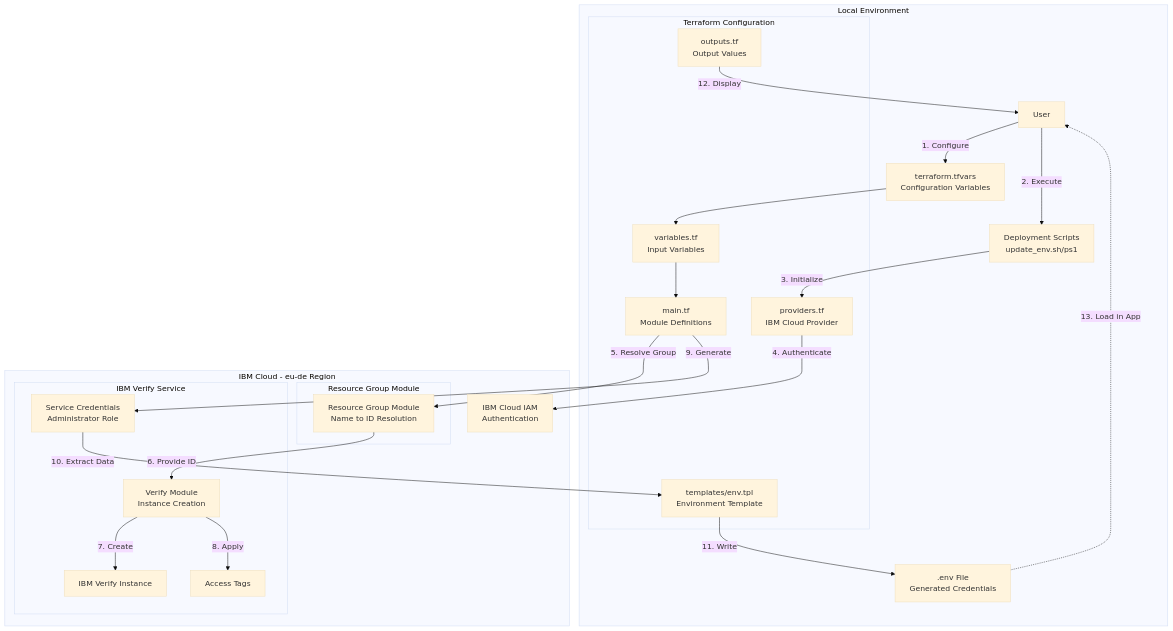
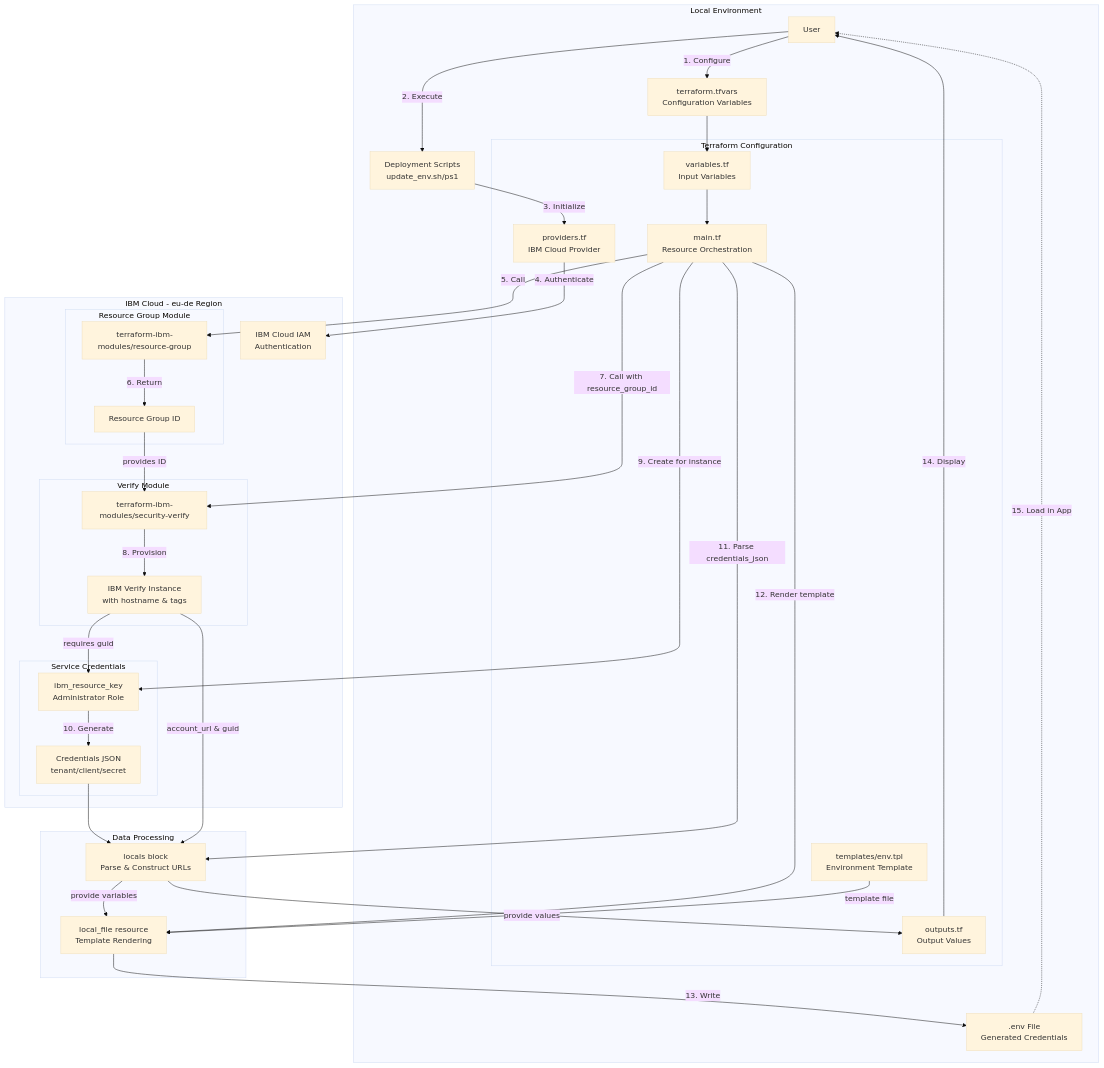
One commit to simontokyo/terraform-ibmverify changed the diagram in README.md. Above: the diagram before and after it, drawn with Mermaid (base theme). The commit also changed other lines of this file and 1 other file, not shown here.

````diff
--- a/README.md
+++ b/README.md
@@ -47,55 +47,74 @@
 ```mermaid
 graph TB
     subgraph "Local Environment"
         User[User]
         TFVars[terraform.tfvars<br/>Configuration Variables]
         Scripts[Deployment Scripts<br/>update_env.sh/ps1]
         EnvFile[.env File<br/>Generated Credentials]
         
         subgraph "Terraform Configuration"
             Providers[providers.tf<br/>IBM Cloud Provider]
             Variables[variables.tf<br/>Input Variables]
-            Main[main.tf<br/>Module Definitions]
+            Main[main.tf<br/>Resource Orchestration]
             Outputs[outputs.tf<br/>Output Values]
             Template[templates/env.tpl<br/>Environment Template]
         end
     end
     
     subgraph "IBM Cloud - eu-de Region"
         IAM[IBM Cloud IAM<br/>Authentication]
         
         subgraph "Resource Group Module"
-            RGModule[Resource Group Module<br/>Name to ID Resolution]
+            RGModule[terraform-ibm-modules/resource-group]
+            RGResolved[Resource Group ID]
         end
         
-        subgraph "IBM Verify Service"
-            ISVModule[Verify Module<br/>Instance Creation]
-            VerifyInstance[IBM Verify Instance]
-            Credentials[Service Credentials<br/>Administrator Role]
-            AccessTags[Access Tags]
+        subgraph "Verify Module"
+            ISVModule[terraform-ibm-modules/security-verify]
+            VerifyInstance[IBM Verify Instance<br/>with hostname & tags]
         end
+        
+        subgraph "Service Credentials"
+            ResourceKey[ibm_resource_key<br/>Administrator Role]
+            CredsJSON[Credentials JSON<br/>tenant/client/secret]
+        end
+    end
+    
+    subgraph "Data Processing"
+        Locals[locals block<br/>Parse & Construct URLs]
+        LocalFile[local_file resource<br/>Template Rendering]
     end
     
     User -->|1. Configure| TFVars
     User -->|2. Execute| Scripts
     Scripts -->|3. Initialize| Providers
     
     Providers -->|4. Authenticate| IAM
-    
-    Main -->|5. Resolve Group| RGModule
-    RGModule -->|6. Provide ID| ISVModule
-    
-    ISVModule -->|7. Create| VerifyInstance
-    ISVModule -->|8. Apply| AccessTags
-    
-    Main -->|9. Generate| Credentials
-    Credentials -->|10. Extract Data| Template
-    Template -->|11. Write| EnvFile
-    
-    Outputs -->|12. Display| User
-    
-    EnvFile -.->|13. Load in App| User
-    
     Variables --> Main
     TFVars --> Variables
+    
+    Main -->|5. Call| RGModule
+    RGModule -->|6. Return| RGResolved
+    
+    Main -->|7. Call with resource_group_id| ISVModule
+    RGResolved -->|provides ID| ISVModule
+    ISVModule -->|8. Provision| VerifyInstance
+    
+    Main -->|9. Create for instance| ResourceKey
+    VerifyInstance -->|requires guid| ResourceKey
+    ResourceKey -->|10. Generate| CredsJSON
+    
+    Main -->|11. Parse credentials_json| Locals
+    CredsJSON --> Locals
+    VerifyInstance -->|account_url & guid| Locals
+    
+    Main -->|12. Render template| LocalFile
+    Locals -->|provide variables| LocalFile
+    Template -->|template file| LocalFile
+    LocalFile -->|13. Write| EnvFile
+    
+    Outputs -->|14. Display| User
+    Locals -->|provide values| Outputs
+    
+    EnvFile -.->|15. Load in App| User
 ```
````
